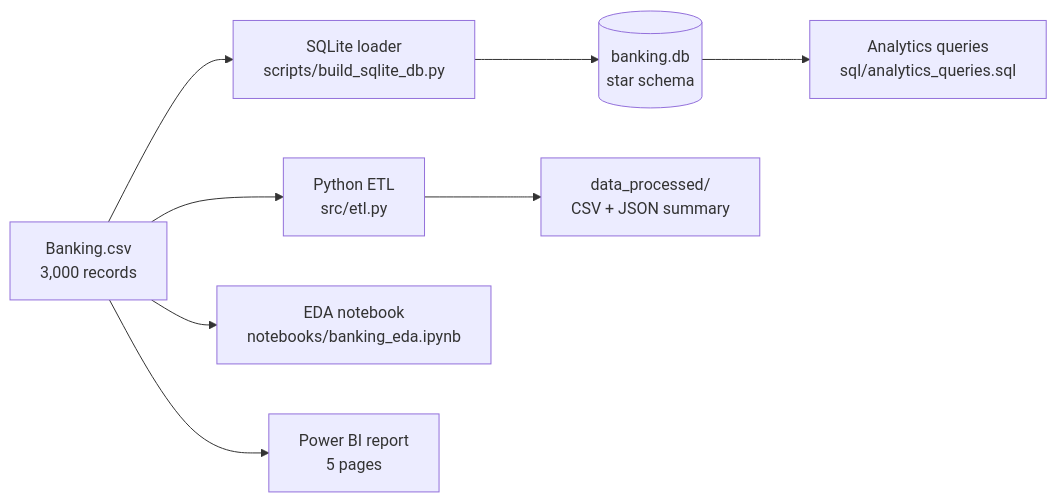
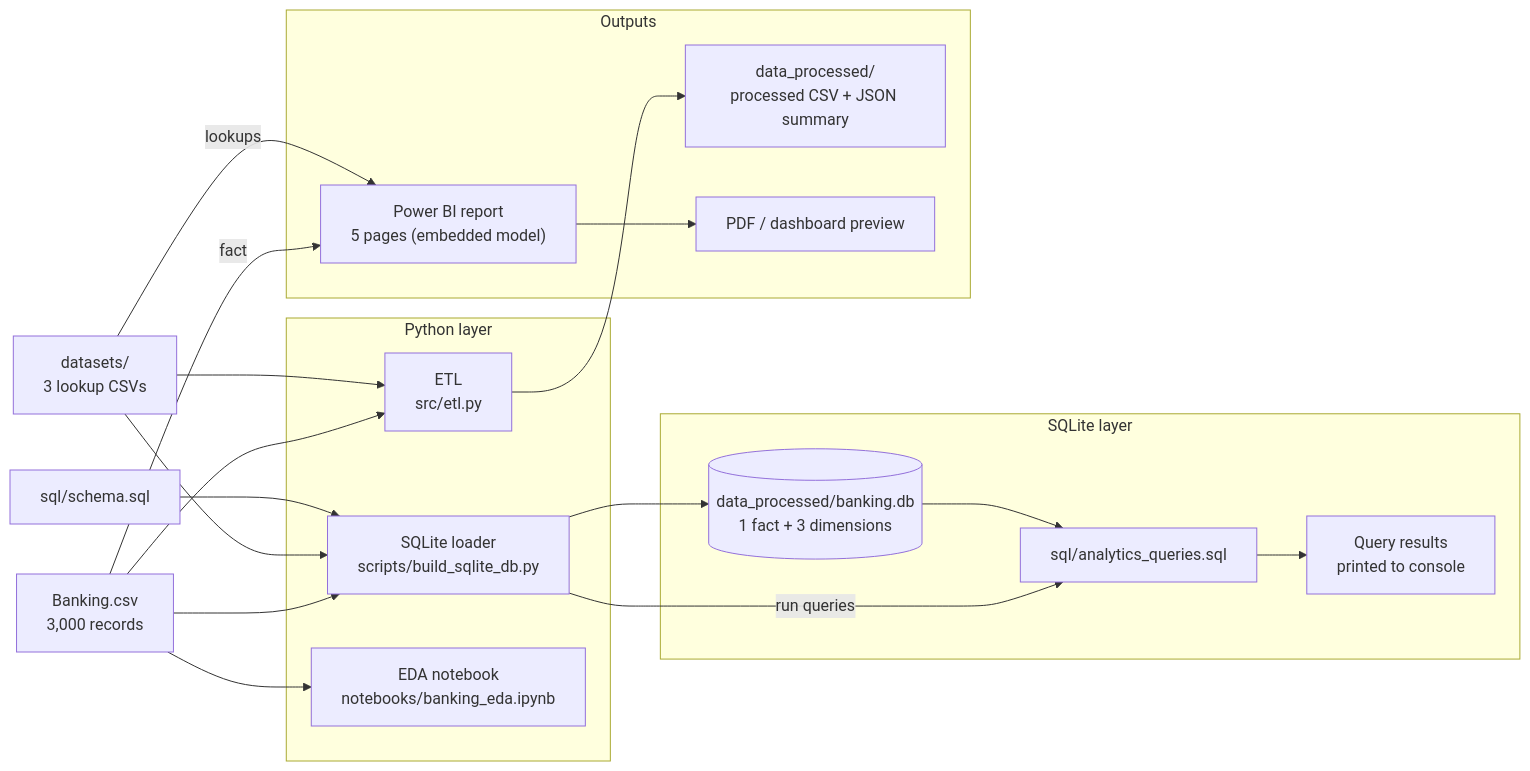
Before and after one commit to KOUSHIK1815/Banking-Analytics-Dashboard: the diagram in README.md, drawn with Mermaid. The commit also changed other lines of this file, not shown here.

Commit message:
docs: correct architecture and data-flow diagram
- Show the three lookup CSVs as inputs to the ETL and SQLite loader
- Show schema.sql as the database-build input
- Show analytics queries executed by the loader and results printed to console
- Clarify that the notebook and Power BI model read the source CSVs directly

````diff
--- a/README.md
+++ b/README.md
@@ -22,10 +22,41 @@
 ```mermaid
 flowchart LR
-    A["Banking.csv<br/>3,000 records"] --> B["Python ETL<br/>src/etl.py"]
-    A --> C["SQLite loader<br/>scripts/build_sqlite_db.py"]
-    C --> D[("banking.db<br/>star schema")]
-    D --> E["Analytics queries<br/>sql/analytics_queries.sql"]
-    B --> F["data_processed/<br/>CSV + JSON summary"]
-    A --> G["EDA notebook<br/>notebooks/banking_eda.ipynb"]
-    A --> H["Power BI report<br/>5 pages"]
+    A["Banking.csv<br/>3,000 records"]
+    D["datasets/<br/>3 lookup CSVs"]
+    S["sql/schema.sql"]
+
+    subgraph Python["Python layer"]
+        B["ETL<br/>src/etl.py"]
+        C["SQLite loader<br/>scripts/build_sqlite_db.py"]
+        G["EDA notebook<br/>notebooks/banking_eda.ipynb"]
+    end
+
+    subgraph SQLite["SQLite layer"]
+        DB[("data_processed/banking.db<br/>1 fact + 3 dimensions")]
+        Q["sql/analytics_queries.sql"]
+        R["Query results<br/>printed to console"]
+    end
+
+    subgraph Outputs["Outputs"]
+        F["data_processed/<br/>processed CSV + JSON summary"]
+        H["Power BI report<br/>5 pages (embedded model)"]
+        P["PDF / dashboard preview"]
+    end
+
+    A --> B
+    D --> B
+    B --> F
+
+    A --> C
+    D --> C
+    S --> C
+    C --> DB
+    C -->|run queries| Q
+    DB --> Q
+    Q --> R
+
+    A --> G
+    A -->|fact| H
+    D -->|lookups| H
+    H --> P
 ```
````
